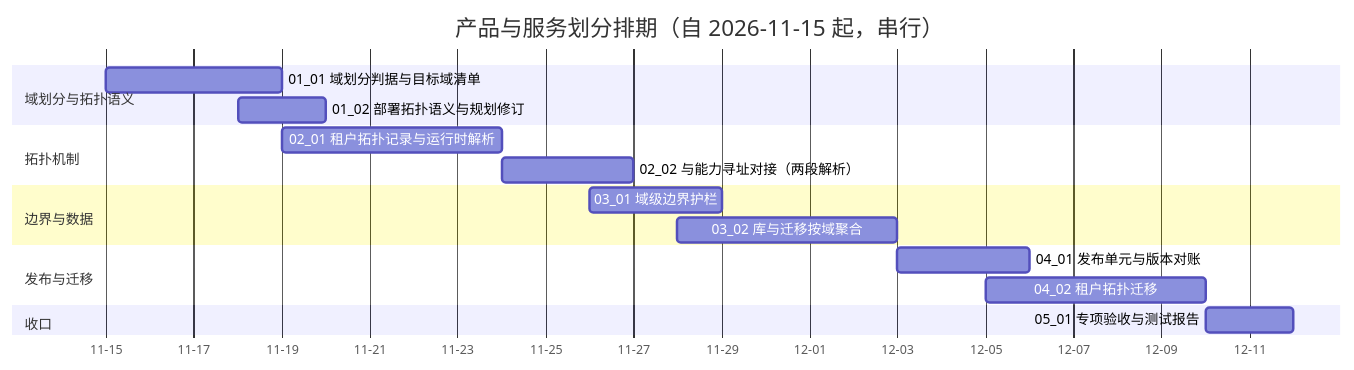
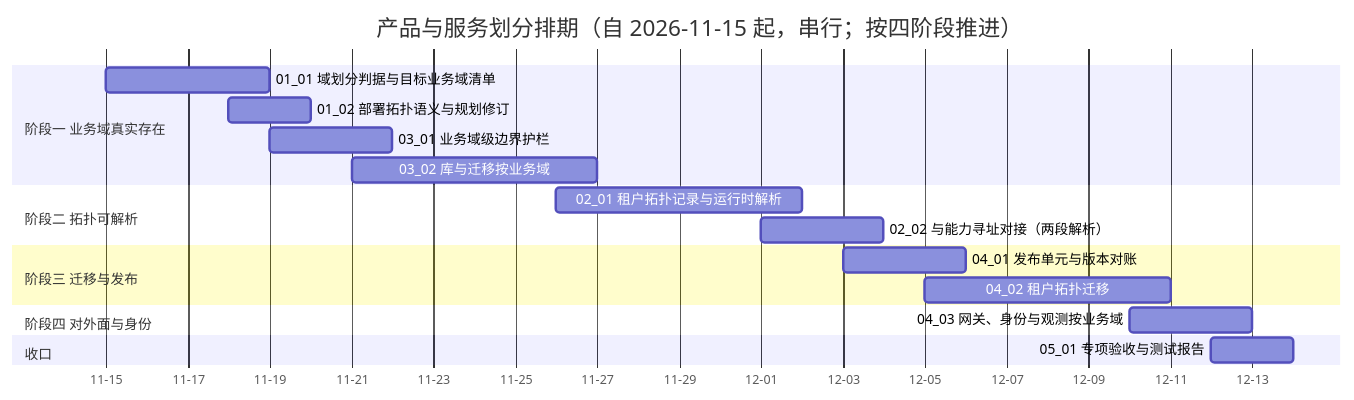
The diagram in bms文档/项目/07C_产品与服务划分/计划/01_计划_产品与服务划分.md (minjian123/basic-management-system), drawn with Mermaid before and after one commit. The commit also changed other lines of this file and 43 other files, not shown here.

````diff
--- a/bms文档/项目/07C_产品与服务划分/计划/01_计划_产品与服务划分.md
+++ b/bms文档/项目/07C_产品与服务划分/计划/01_计划_产品与服务划分.md
@@ -37,20 +46,21 @@
 ```mermaid
 gantt
-    title 产品与服务划分排期（自 2026-11-15 起，串行）
+    title 产品与服务划分排期（自 2026-11-15 起，串行；按四阶段推进）
     dateFormat  YYYY-MM-DD
     axisFormat %m-%d
-    section 域划分与拓扑语义
-    01_01 域划分判据与目标域清单 :c0101, 2026-11-15, 4d
+    section 阶段一 业务域真实存在
+    01_01 域划分判据与目标业务域清单 :c0101, 2026-11-15, 4d
     01_02 部署拓扑语义与规划修订 :c0102, 2026-11-18, 2d
-    section 拓扑机制
-    02_01 租户拓扑记录与运行时解析 :c0201, 2026-11-19, 5d
-    02_02 与能力寻址对接（两段解析） :c0202, 2026-11-24, 3d
-    section 边界与数据
-    03_01 域级边界护栏 :c0301, 2026-11-26, 3d
-    03_02 库与迁移按域聚合 :c0302, 2026-11-28, 5d
-    section 发布与迁移
+    03_01 业务域级边界护栏 :c0301, 2026-11-19, 3d
+    03_02 库与迁移按业务域 :c0302, 2026-11-21, 6d
+    section 阶段二 拓扑可解析
+    02_01 租户拓扑记录与运行时解析 :c0201, 2026-11-26, 6d
+    02_02 与能力寻址对接（两段解析） :c0202, 2026-12-01, 3d
+    section 阶段三 迁移与发布
     04_01 发布单元与版本对账 :c0401, 2026-12-03, 3d
-    04_02 租户拓扑迁移 :c0402, 2026-12-05, 5d
+    04_02 租户拓扑迁移 :c0402, 2026-12-05, 6d
+    section 阶段四 对外面与身份
+    04_03 网关、身份与观测按业务域 :c0403, 2026-12-10, 3d
     section 收口
-    05_01 专项验收与测试报告 :c0501, 2026-12-10, 2d
+    05_01 专项验收与测试报告 :c0501, 2026-12-12, 2d
 ```
````
